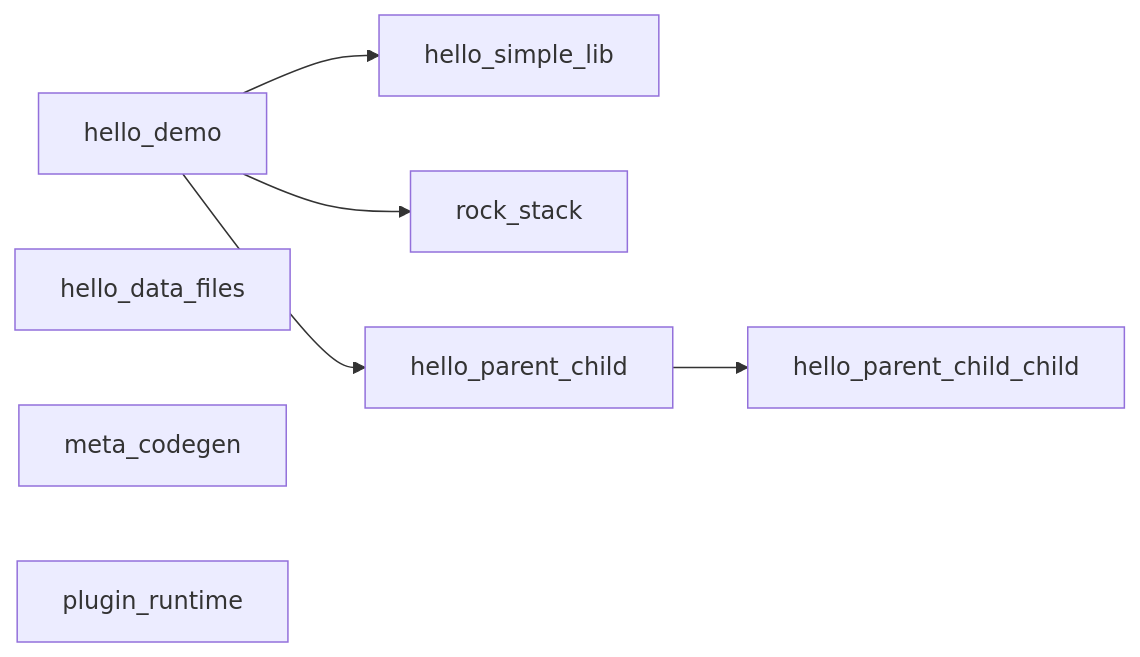
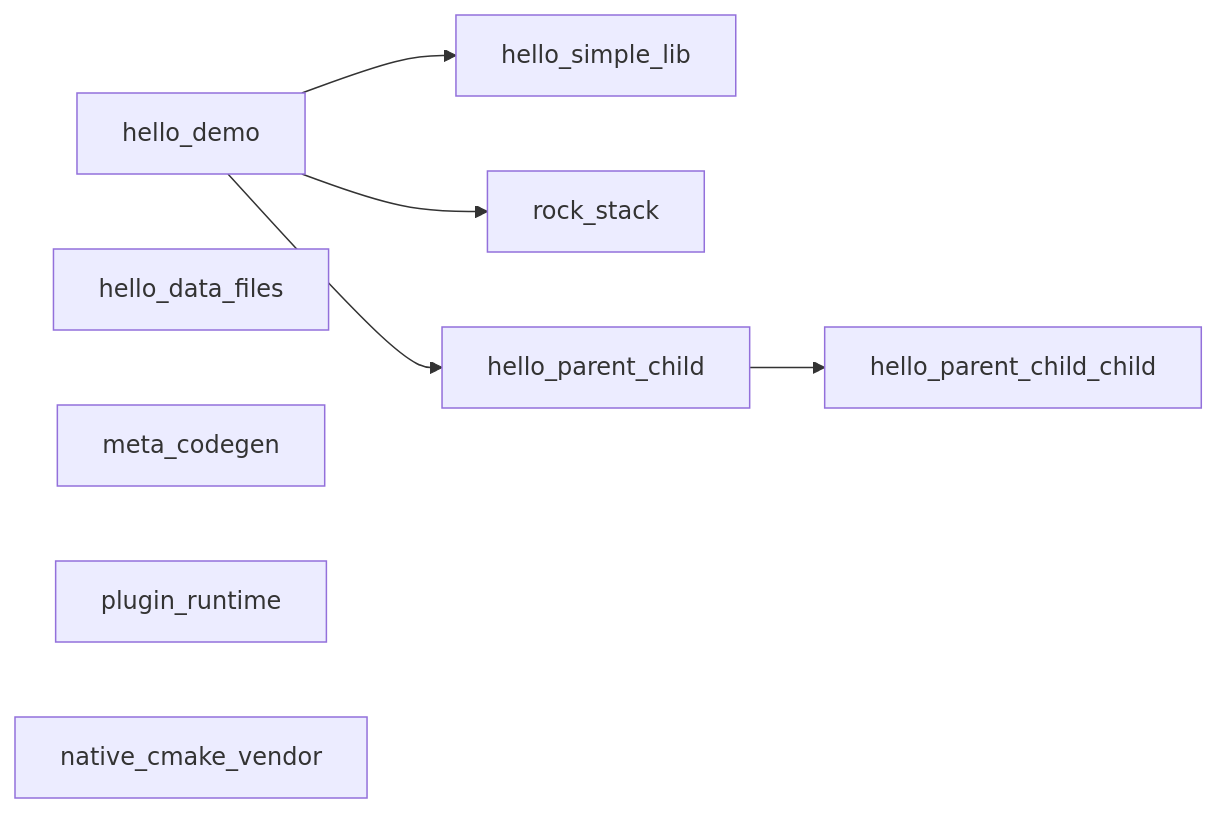
Before and after one commit to shelltdf/up: the diagram in test_projects/README.md, drawn with Mermaid. The commit also changed other lines of this file and 126 other files, not shown here.

````diff
--- a/test_projects/README.md
+++ b/test_projects/README.md
@@ -21,15 +23,16 @@
 ```mermaid
 flowchart LR
   hello_simple_lib["hello_simple_lib"]
   hello_demo["hello_demo"]
   rock_stack["rock_stack"]
   hello_parent_child["hello_parent_child"]
   hello_parent_child_child["hello_parent_child_child"]
   hello_data_files["hello_data_files"]
   meta_codegen["meta_codegen"]
   plugin_runtime["plugin_runtime"]
+  native_cmake_vendor["native_cmake_vendor"]
   hello_demo --> hello_simple_lib
   hello_demo --> rock_stack
   hello_demo --> hello_parent_child
   hello_parent_child --> hello_parent_child_child
 ```
````
